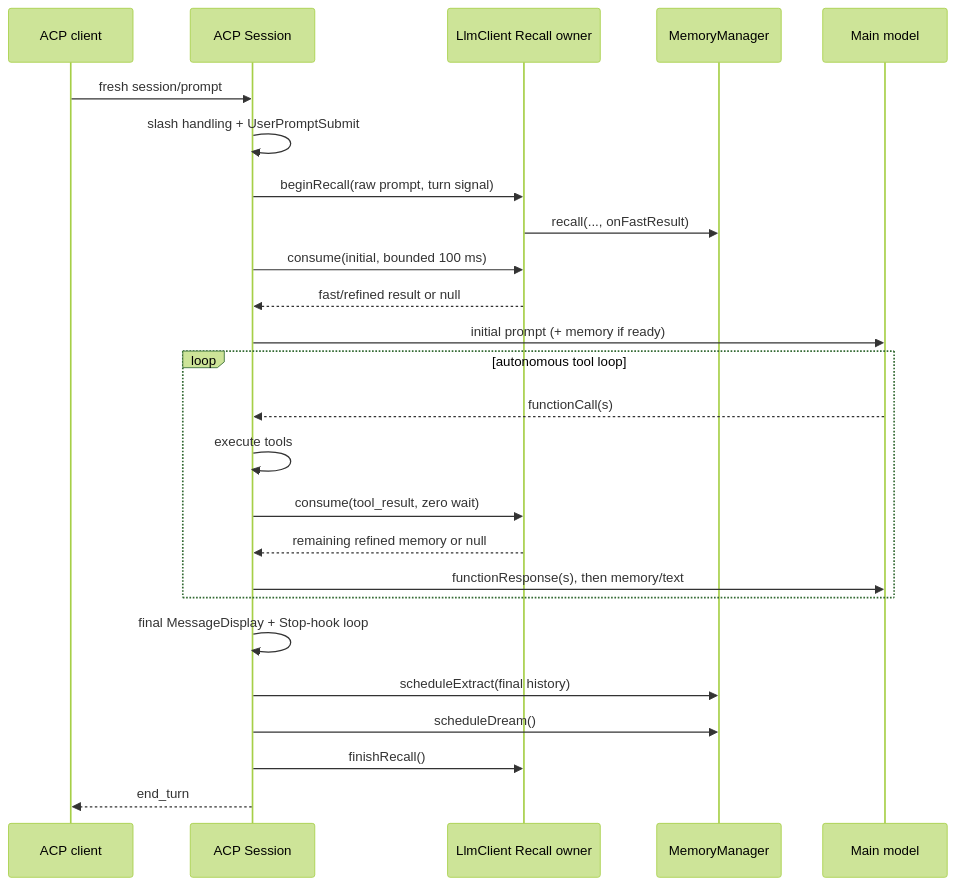
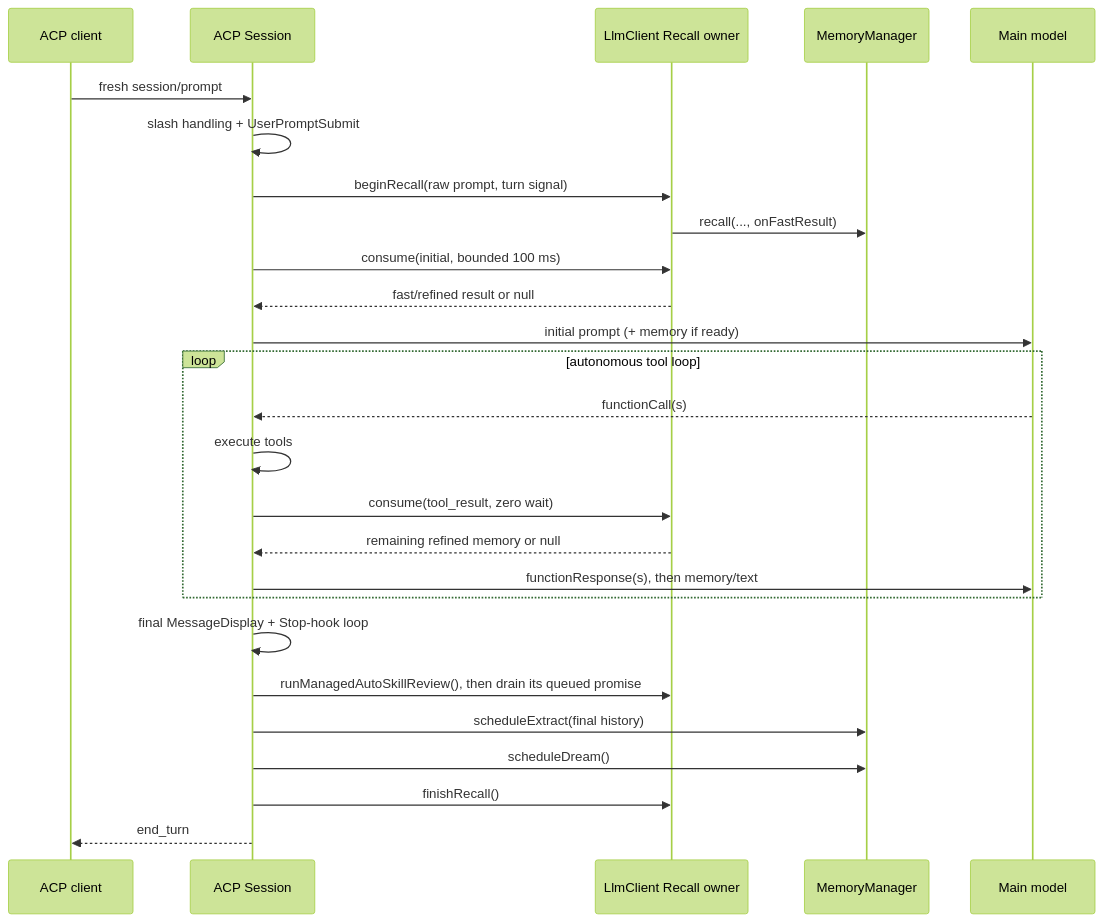
The diagram in docs/design/auto-memory/acp-managed-auto-memory.md (QwenLM/qwen-code), drawn with Mermaid (forest theme) before and after one commit. The commit also changed other lines of this file and 1 other file, not shown here.

First line of the commit message:
docs(acp): reconcile the design note with the ACP skill review

````diff
--- a/docs/design/auto-memory/acp-managed-auto-memory.md
+++ b/docs/design/auto-memory/acp-managed-auto-memory.md
@@ -424,30 +429,31 @@
 ```mermaid
 sequenceDiagram
     participant C as ACP client
     participant S as ACP Session
     participant G as LlmClient Recall owner
     participant M as MemoryManager
     participant L as Main model
 
     C->>S: fresh session/prompt
     S->>S: slash handling + UserPromptSubmit
     S->>G: beginRecall(raw prompt, turn signal)
     G->>M: recall(..., onFastResult)
     S->>G: consume(initial, bounded 100 ms)
     G-->>S: fast/refined result or null
     S->>L: initial prompt (+ memory if ready)
 
     loop autonomous tool loop
         L-->>S: functionCall(s)
         S->>S: execute tools
         S->>G: consume(tool_result, zero wait)
         G-->>S: remaining refined memory or null
         S->>L: functionResponse(s), then memory/text
     end
 
     S->>S: final MessageDisplay + Stop-hook loop
+    S->>G: runManagedAutoSkillReview(), then drain its queued promise
     S->>M: scheduleExtract(final history)
     S->>M: scheduleDream()
     S->>G: finishRecall()
     S-->>C: end_turn
 ```
````
